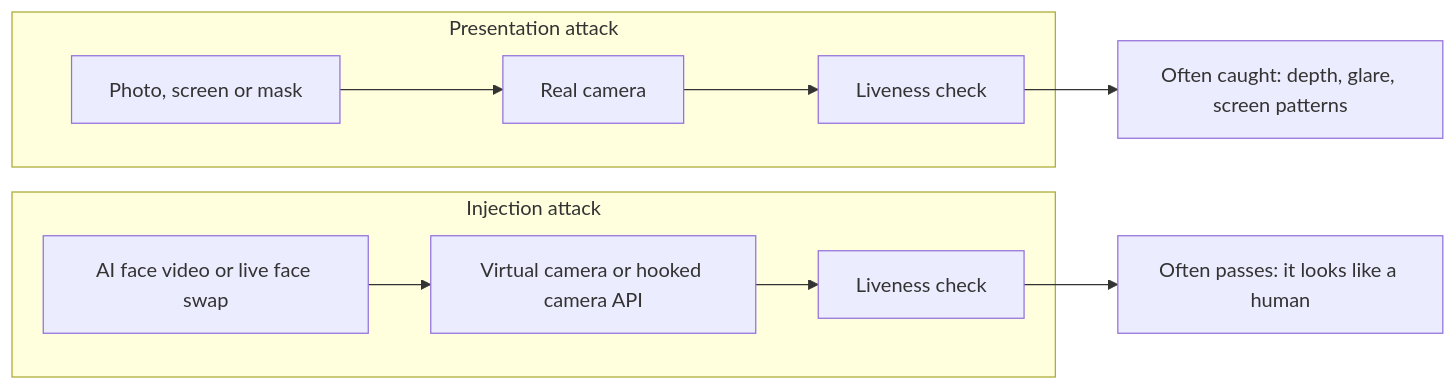
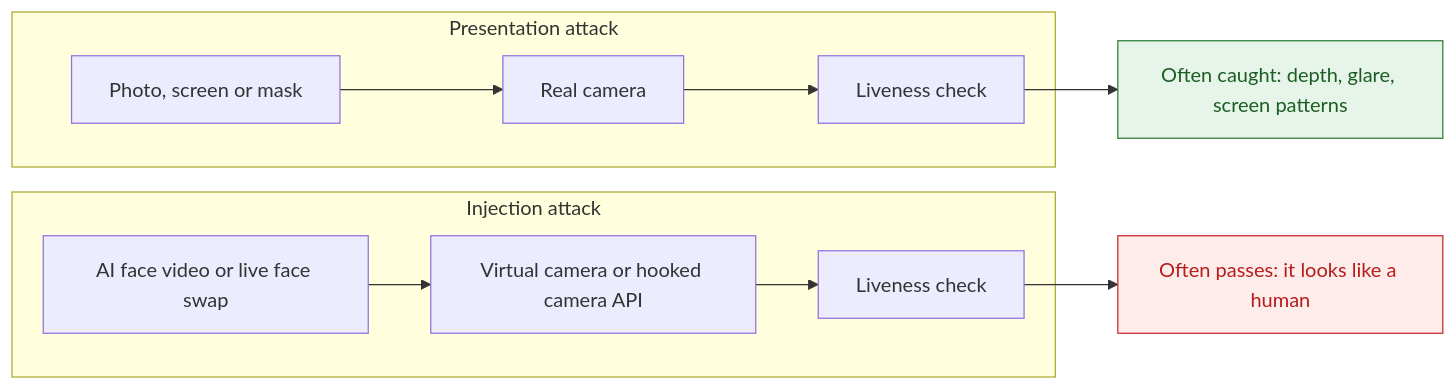
One commit to siddhikahanumante05-cloud/trustlens changed the first of 14 diagrams in README.md. Above: the diagram before and after it, drawn with Mermaid. The commit also changed other lines of this file, not shown here.

````diff
--- a/README.md
+++ b/README.md
@@ -57,11 +69,15 @@
 ```mermaid
 flowchart LR
   subgraph PA["Presentation attack"]
     A1["Photo, screen or mask"] --> A2["Real camera"] --> A3["Liveness check"]
   end
   subgraph IA["Injection attack"]
     B1["AI face video or live face swap"] --> B2["Virtual camera or hooked camera API"] --> B3["Liveness check"]
   end
   A3 --> R1["Often caught: depth, glare, screen patterns"]
   B3 --> R2["Often passes: it looks like a human"]
+  classDef good fill:#e6f4ea,stroke:#2e7d32,color:#1b5e20;
+  classDef bad fill:#fdecea,stroke:#c62828,color:#b71c1c;
+  class R1 good;
+  class R2 bad;
 ```
````
